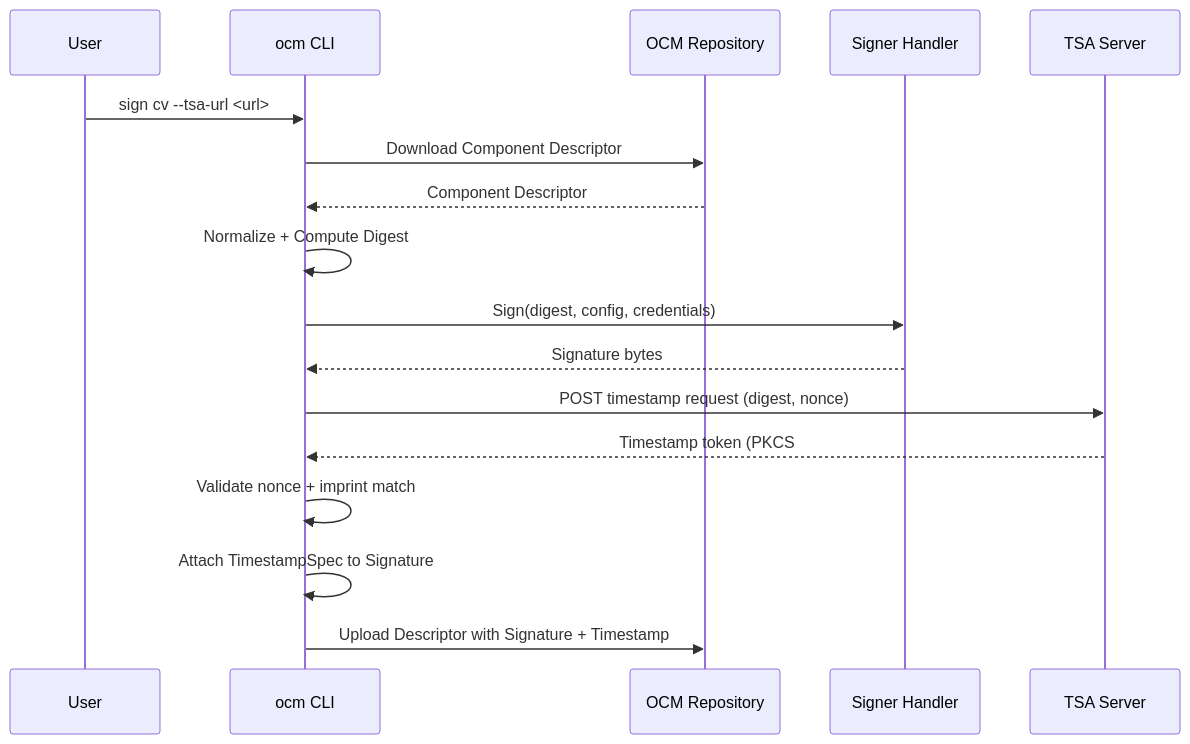
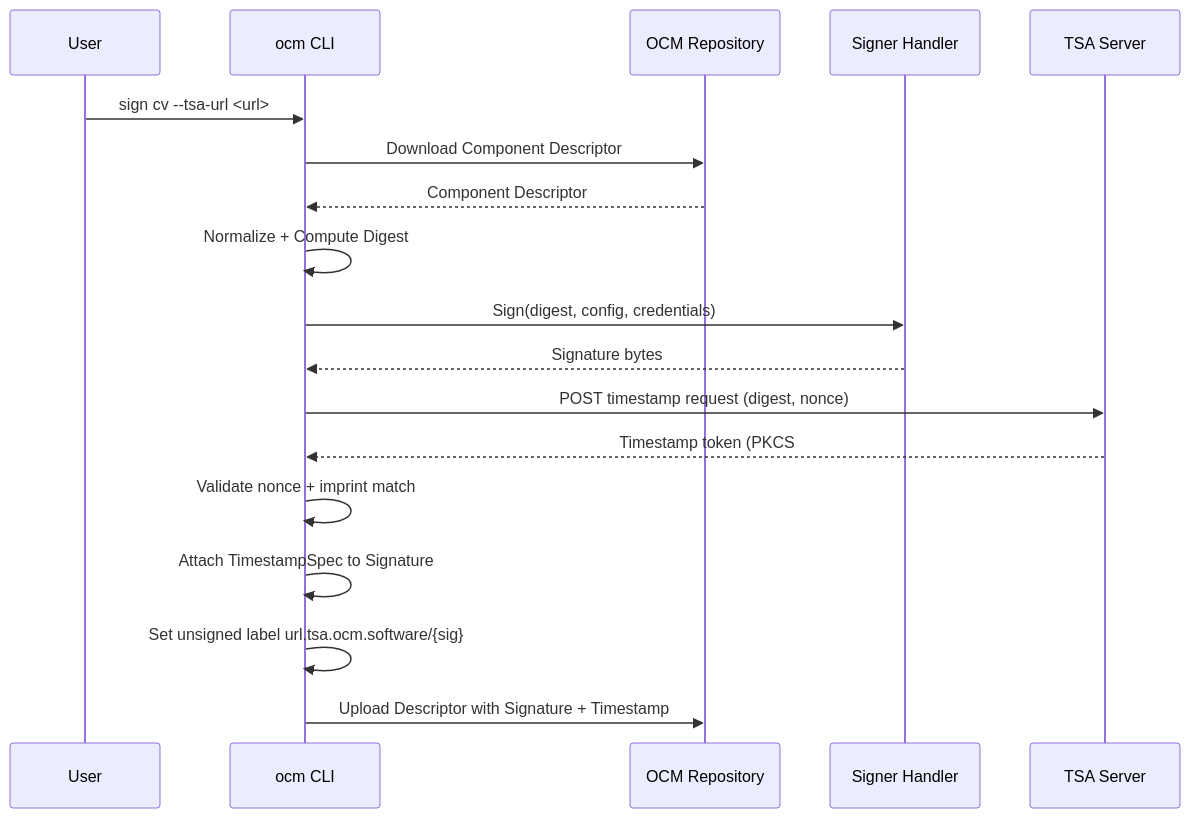
The first of 2 diagrams in docs/adr/0032_rfc3161_timestamping.md (open-component-model/open-component-model), drawn with Mermaid before and after one commit. The commit also changed other lines of this file and 15 other files, not shown here.

Commit message:
fix(signing): record TSA URL in an unsigned label instead of the timestamp

````diff
--- a/docs/adr/0032_rfc3161_timestamping.md
+++ b/docs/adr/0032_rfc3161_timestamping.md
@@ -213,20 +212,21 @@
 ```mermaid
 sequenceDiagram
     participant U as User
     participant CLI as ocm CLI
     participant Repo as OCM Repository
     participant Handler as Signer Handler
     participant TSA as TSA Server
 
     U->>CLI: sign cv --tsa-url <url>
     CLI->>Repo: Download Component Descriptor
     Repo-->>CLI: Component Descriptor
     CLI->>CLI: Normalize + Compute Digest
     CLI->>Handler: Sign(digest, config, credentials)
     Handler-->>CLI: Signature bytes
     CLI->>TSA: POST timestamp request (digest, nonce)
     TSA-->>CLI: Timestamp token (PKCS#7 SignedData)
     CLI->>CLI: Validate nonce + imprint match
     CLI->>CLI: Attach TimestampSpec to Signature
+    CLI->>CLI: Set unsigned label url.tsa.ocm.software/{sig}
     CLI->>Repo: Upload Descriptor with Signature + Timestamp
 ```
````
